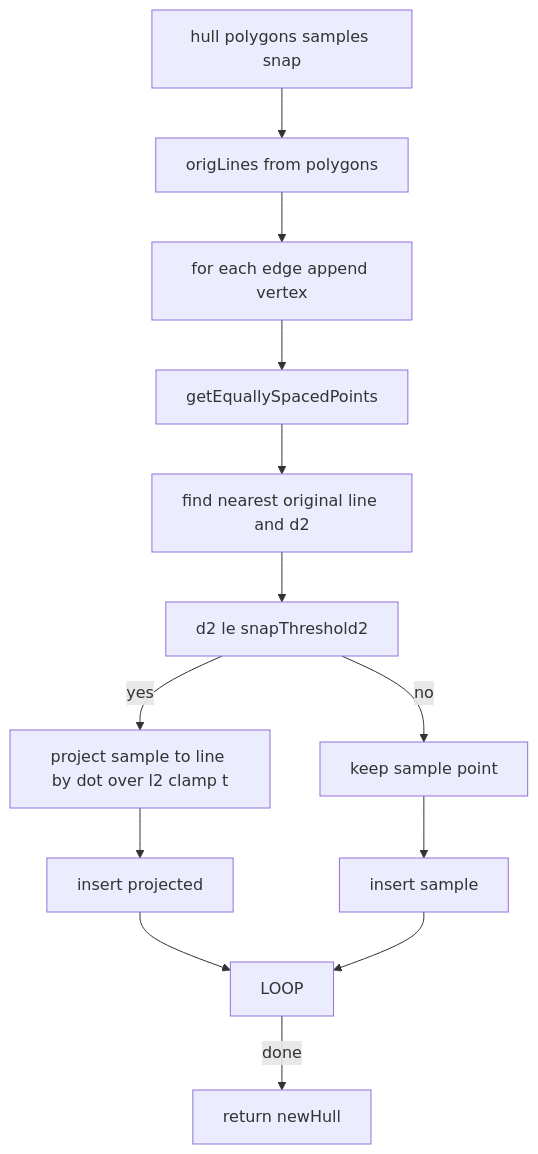
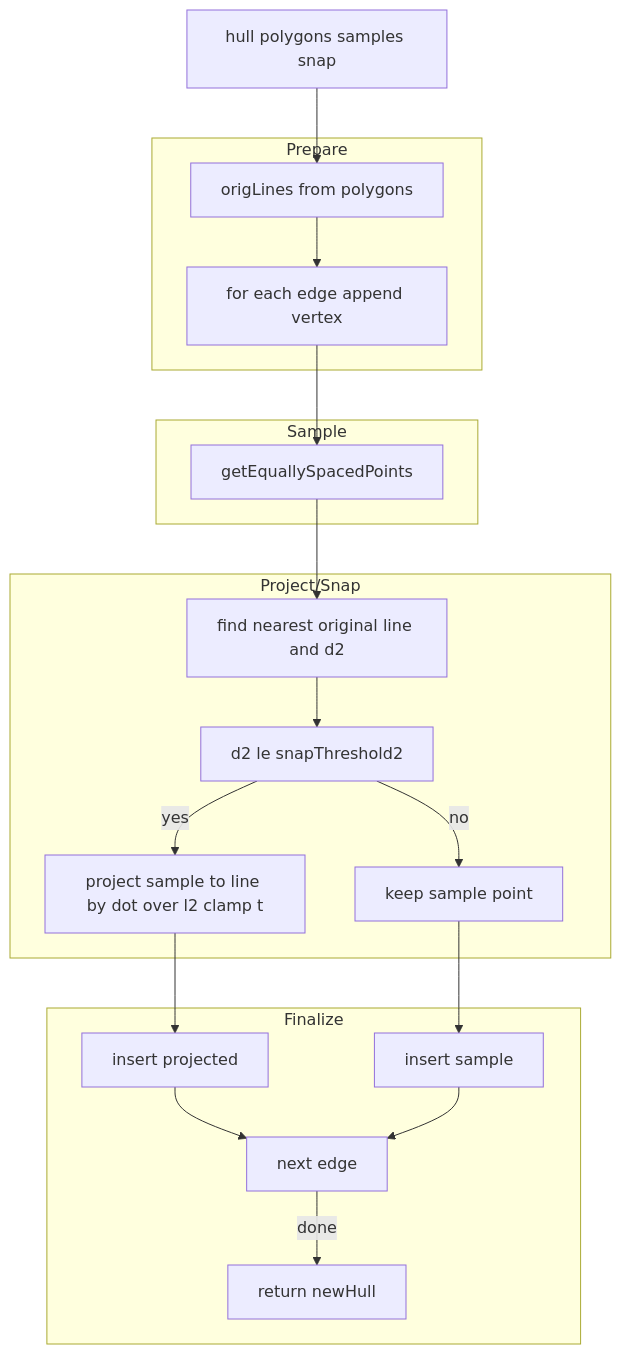
The fourth of 6 diagrams in docs/poly/hulls_densify_and_gaps.md (Gh0st352/AETHR), drawn with Mermaid before and after one commit. The commit also changed other lines of this file and 9 other files, not shown here.

First line of the commit message:
docs(poly): improve README headings and mermaid diagrams

````diff
--- a/docs/poly/hulls_densify_and_gaps.md
+++ b/docs/poly/hulls_densify_and_gaps.md
@@ -65,15 +127,41 @@
 ```mermaid
+%% shared theme: docs/_mermaid/theme.json %%
 flowchart TD
   IN[hull polygons samples snap] --> PREP[origLines from polygons]
   PREP --> EACH[for each edge append vertex]
   EACH --> SAMP[getEquallySpacedPoints]
   SAMP --> NN[find nearest original line and d2]
   NN --> THR[d2 le snapThreshold2]
   THR -->|yes| PROJ[project sample to line by dot over l2 clamp t]
   THR -->|no| KEEP[keep sample point]
   PROJ --> PUSH[insert projected]
   KEEP --> PUSH2[insert sample]
-  PUSH --> LOOP
+  PUSH --> LOOP[next edge]
   PUSH2 --> LOOP
   LOOP -->|done| OUT[return newHull]
+
+  subgraph "Prepare"
+    PREP
+    EACH
+  end
+  subgraph "Sample"
+    SAMP
+  end
+  subgraph "Project/Snap"
+    NN
+    THR
+    PROJ
+    KEEP
+  end
+  subgraph "Finalize"
+    PUSH
+    PUSH2
+    LOOP
+    OUT
+  end
+
+  class IN class_io;
+  class PREP,EACH,SAMP,NN,PROJ,KEEP,PUSH,PUSH2,LOOP class_step;
+  class THR class_decision;
+  class OUT class_result;
 ```
````
